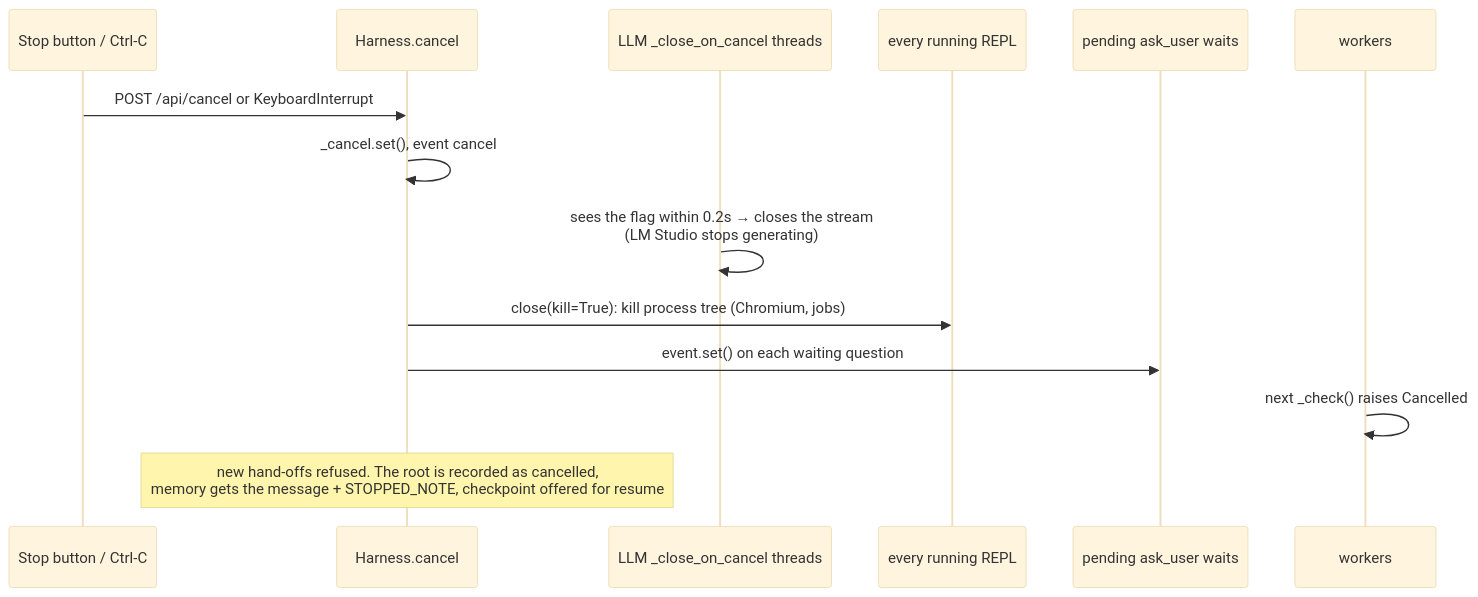
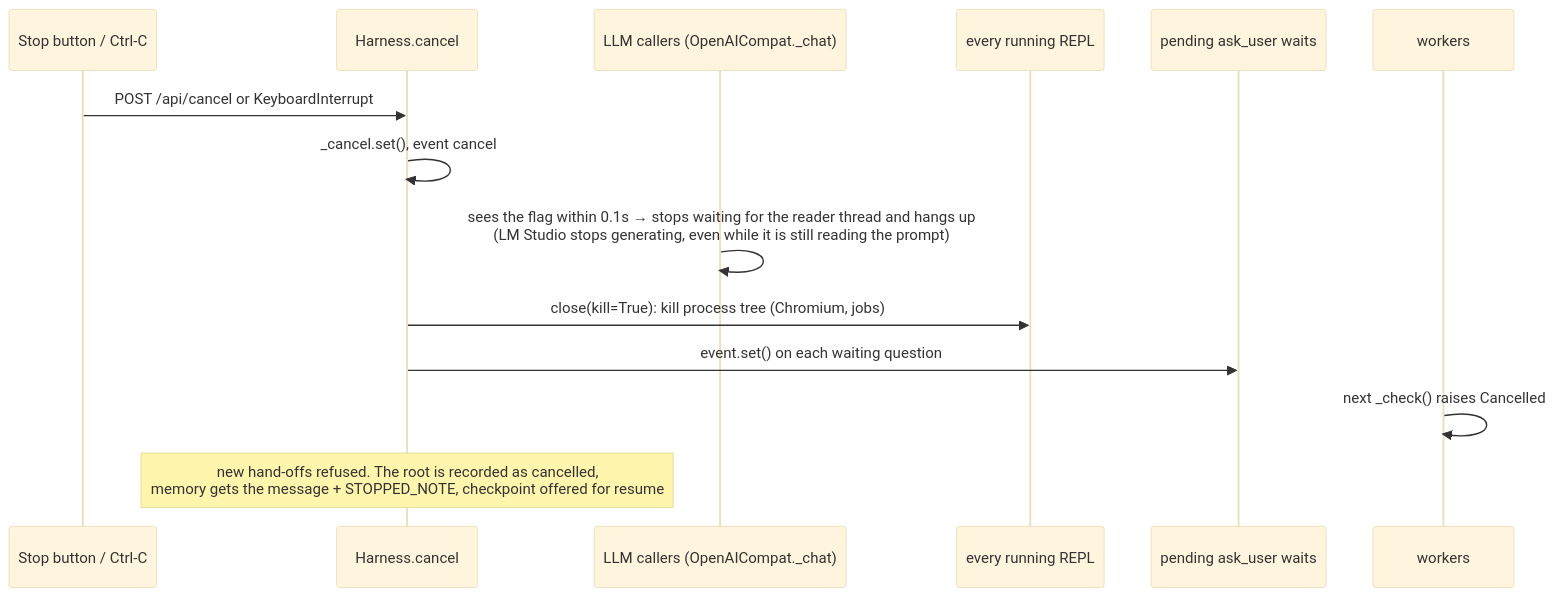
The second of 3 diagrams in docs/architecture/10-observability.md (slumpsod/jev-harness), drawn with Mermaid (base theme) before and after one commit. The commit also changed other lines of this file and 31 other files, not shown here.

````diff
--- a/docs/architecture/10-observability.md
+++ b/docs/architecture/10-observability.md
@@ -67,16 +71,16 @@
 ```mermaid
 sequenceDiagram
   participant UI as Stop button / Ctrl-C
   participant H as Harness.cancel
-  participant LC as LLM _close_on_cancel threads
+  participant LC as LLM callers (OpenAICompat._chat)
   participant R as every running REPL
   participant Q as pending ask_user waits
   participant W as workers
   UI->>H: POST /api/cancel or KeyboardInterrupt
   H->>H: _cancel.set(), event cancel
-  LC->>LC: sees the flag within 0.2s → closes the stream<br/>(LM Studio stops generating)
+  LC->>LC: sees the flag within 0.1s → stops waiting for the reader thread and hangs up<br/>(LM Studio stops generating, even while it is still reading the prompt)
   H->>R: close(kill=True): kill process tree (Chromium, jobs)
   H->>Q: event.set() on each waiting question
   W->>W: next _check() raises Cancelled
   Note over H: new hand-offs refused. The root is recorded as cancelled,<br/>memory gets the message + STOPPED_NOTE, checkpoint offered for resume
 ```
````
